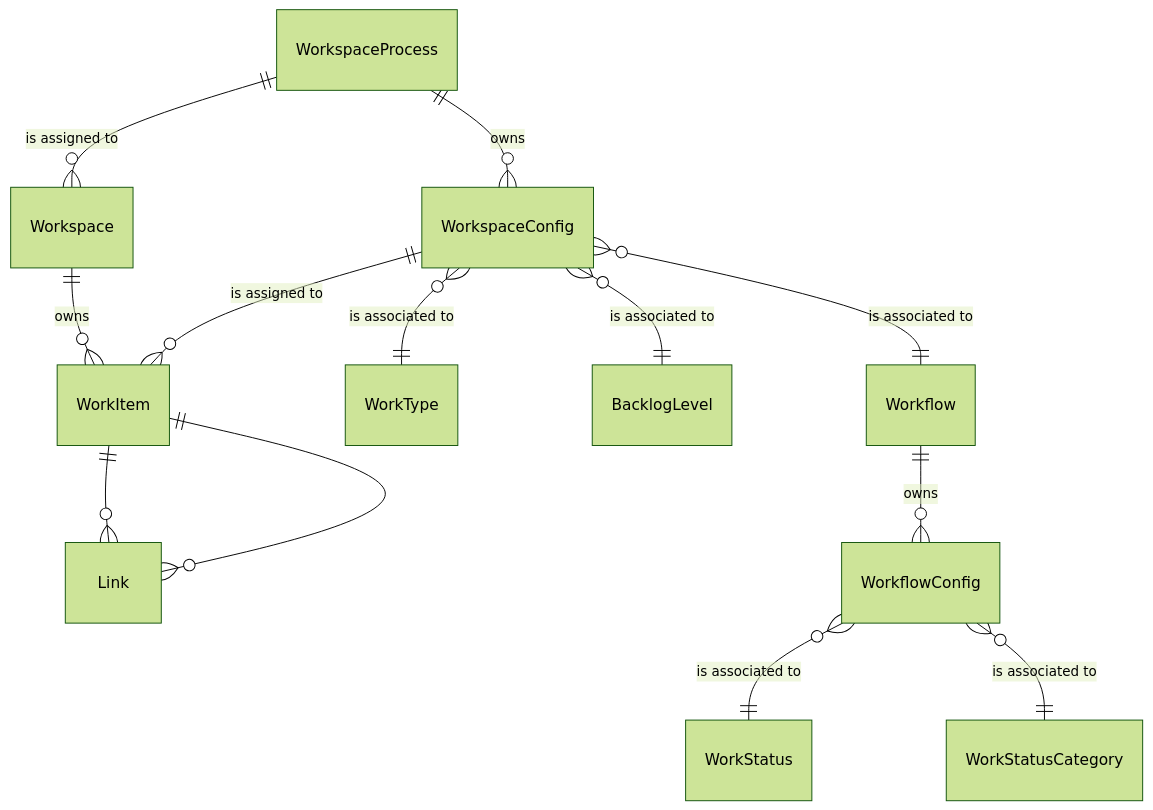
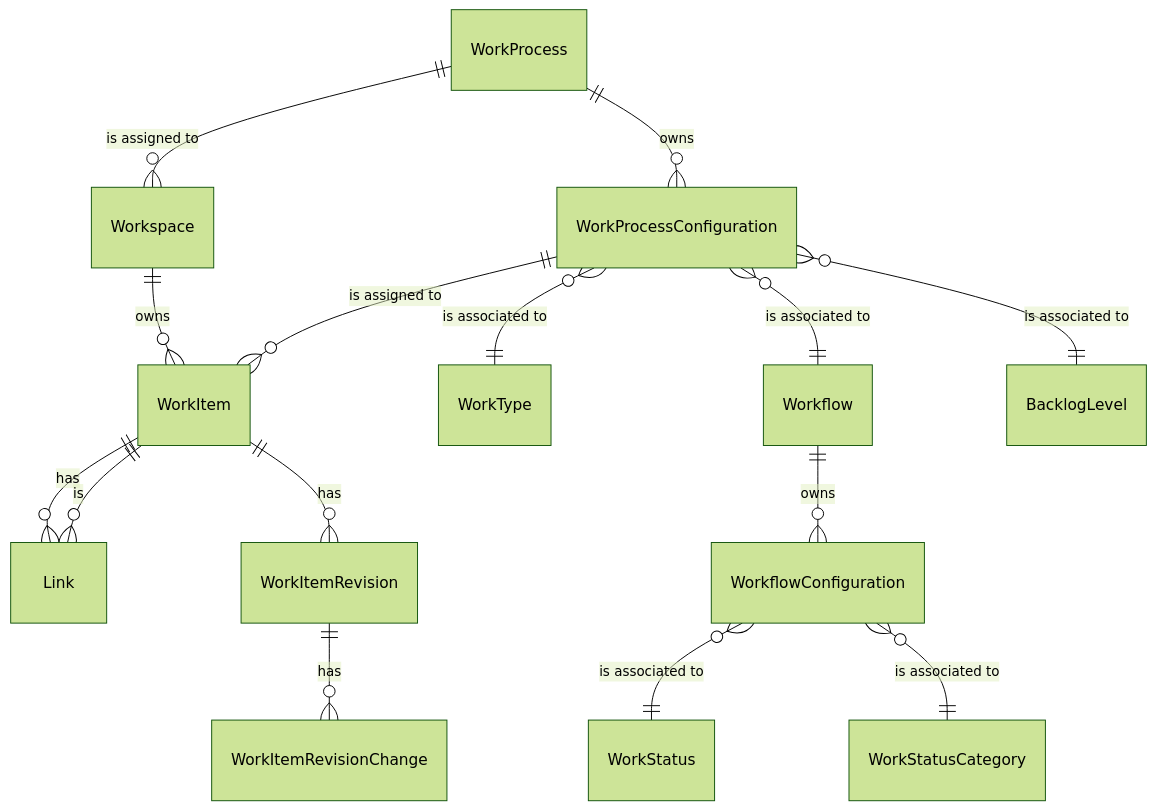
Before and after one commit to destacey/Moda: the diagram in docs/Work.md, drawn with Mermaid (forest theme). The commit also changed other lines of this file and 16 other files, not shown here.

````diff
--- a/docs/Work.md
+++ b/docs/Work.md
@@ -77,19 +88,21 @@
 ```mermaid
 erDiagram
     Workspace ||--o{ WorkItem : owns
-    WorkItem ||--o{ Link : ""
-    Link }o--|| WorkItem : ""
+    WorkItem ||--o{ Link : "has"
+    WorkItem ||--o{ WorkItemRevision : "has"
+    WorkItemRevision ||--o{ WorkItemRevisionChange : "has"
+    Link }o--|| WorkItem : "is"
 
-    WorkspaceProcess ||--o{ Workspace : "is assigned to"
-    WorkspaceProcess ||--o{ WorkspaceConfig : owns
+    WorkProcess ||--o{ Workspace : "is assigned to"
+    WorkProcess ||--o{ WorkProcessConfiguration : owns
 
-    WorkspaceConfig }o--|| WorkType : "is associated to"
-    WorkspaceConfig }o--|| BacklogLevel : "is associated to"
-    WorkspaceConfig }o--|| Workflow : "is associated to"
+    WorkProcessConfiguration }o--|| WorkType : "is associated to"
+    WorkProcessConfiguration }o--|| Workflow : "is associated to"
+    WorkProcessConfiguration }o--|| BacklogLevel : "is associated to"
 
-    WorkspaceConfig ||--o{ WorkItem : "is assigned to"
+    WorkProcessConfiguration ||--o{ WorkItem : "is assigned to"
 
-    Workflow ||--o{ WorkflowConfig : owns
-    WorkflowConfig }o--|| WorkStatus : "is associated to"
-    WorkflowConfig }o--|| WorkStatusCategory : "is associated to"
+    Workflow ||--o{ WorkflowConfiguration : owns
+    WorkflowConfiguration }o--|| WorkStatus : "is associated to"
+    WorkflowConfiguration }o--|| WorkStatusCategory : "is associated to"
 ```
````
